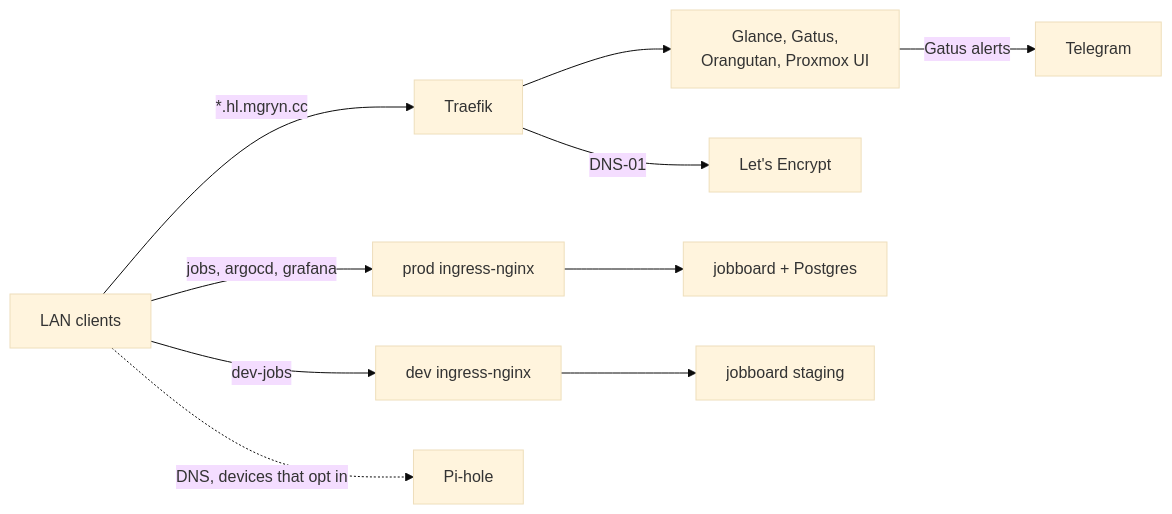
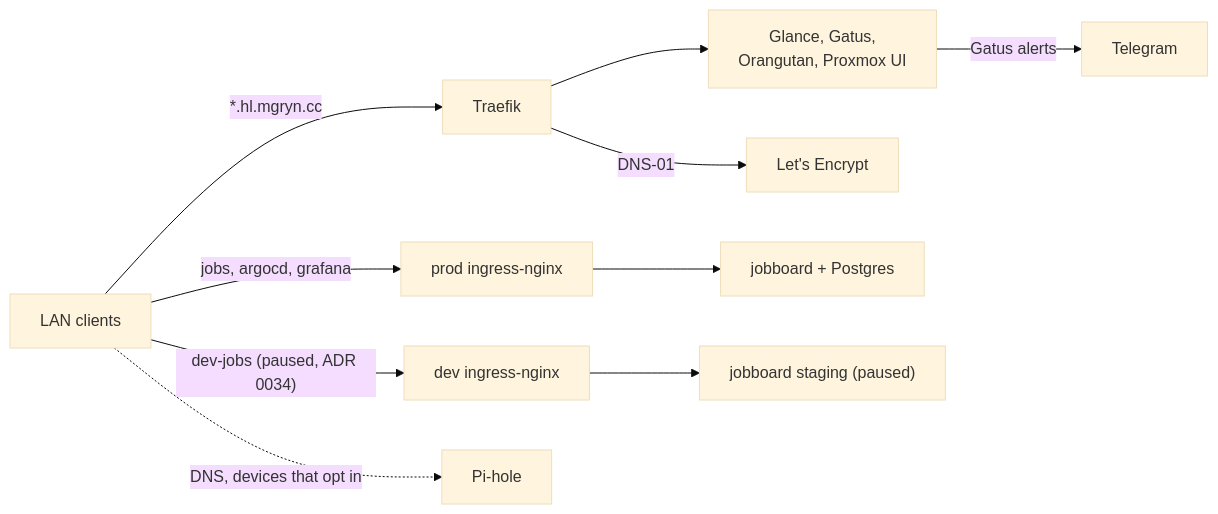
One commit to maxim-grin/homelab changed the third of 3 diagrams in README.md. Above: the diagram before and after it, drawn with Mermaid (base theme). The commit also changed other lines of this file and 2 other files, not shown here.

Commit message:
docs: gate dev pause and resume steps

````diff
--- a/README.md
+++ b/README.md
@@ -54,12 +58,12 @@
 ```mermaid
 flowchart LR
     lan["LAN clients"] -- "*.hl.mgryn.cc" --> traefik["Traefik"]
     lan -- "jobs, argocd, grafana" --> prodingress["prod ingress-nginx"]
-    lan -- "dev-jobs" --> devingress["dev ingress-nginx"]
+    lan -- "dev-jobs (paused, ADR 0034)" --> devingress["dev ingress-nginx"]
     lan -. "DNS, devices that opt in" .-> pihole["Pi-hole"]
     traefik --> services["Glance, Gatus,<br/>Orangutan, Proxmox UI"]
     traefik -- "DNS-01" --> letsencrypt["Let's Encrypt"]
     prodingress --> jobboard["jobboard + Postgres"]
-    devingress --> staging["jobboard staging"]
+    devingress --> staging["jobboard staging (paused)"]
     services -- "Gatus alerts" --> telegram["Telegram"]
 ```
````
